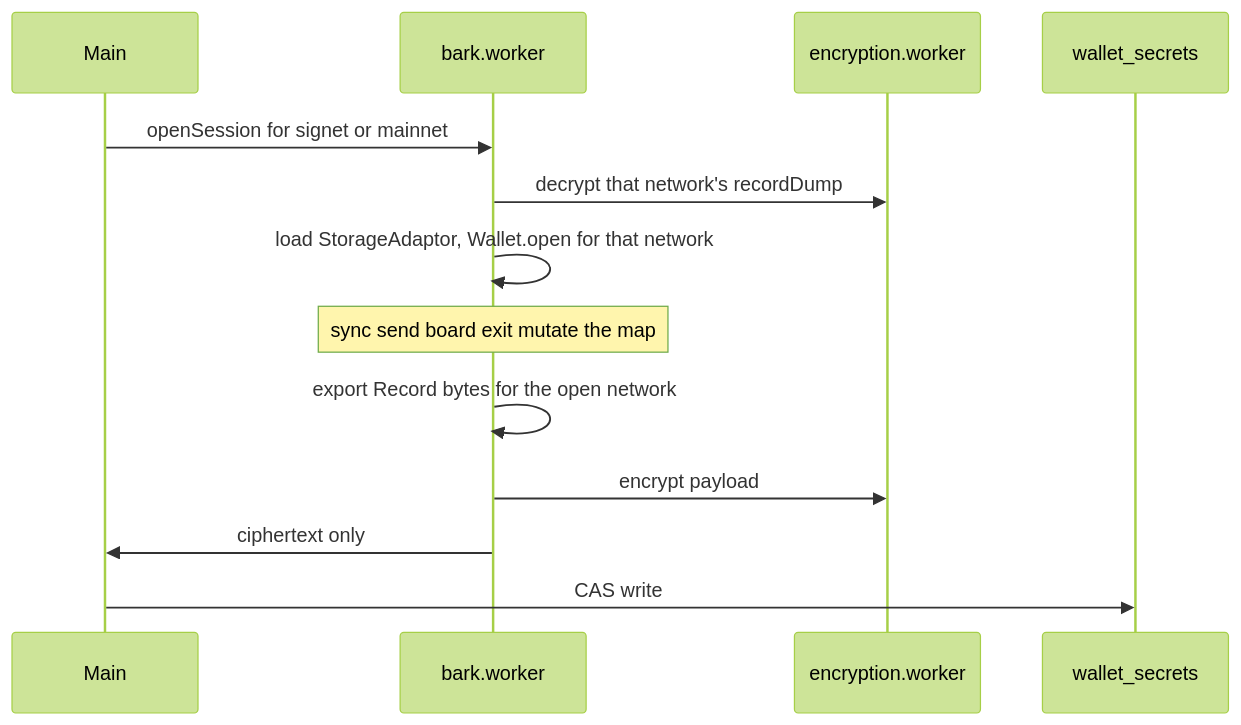
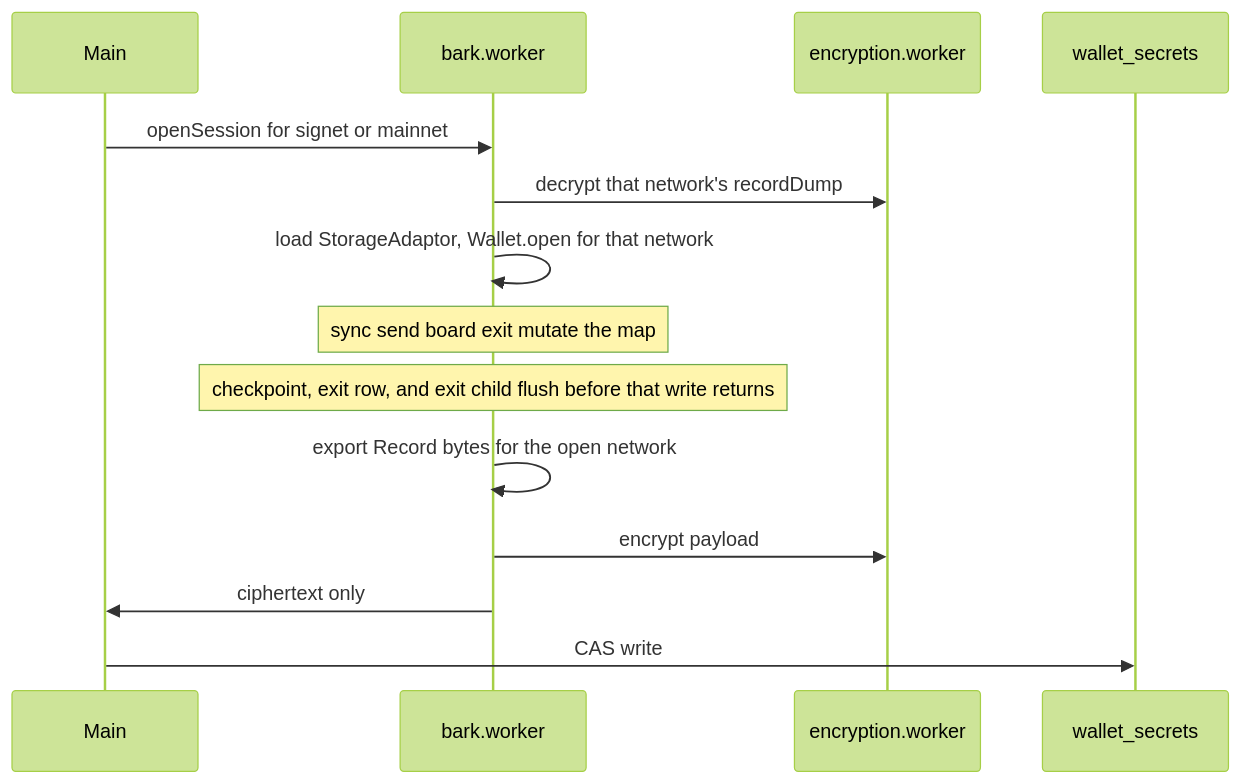
The diagram in docs/persistence/bark.md (Radivis/bitboard-pwa-wallet), drawn with Mermaid (forest theme) before and after one commit. The commit also changed other lines of this file and 13 other files, not shown here.

````diff
--- a/docs/persistence/bark.md
+++ b/docs/persistence/bark.md
@@ -49,18 +49,19 @@
 ```mermaid
 sequenceDiagram
   participant Main
   participant BW as bark.worker
   participant EW as encryption.worker
   participant DB as wallet_secrets
 
   Main->>BW: openSession for signet or mainnet
   BW->>EW: decrypt that network's recordDump
   BW->>BW: load StorageAdaptor, Wallet.open for that network
 
   Note over BW: sync send board exit mutate the map
+  Note over BW: checkpoint, exit row, and exit child flush before that write returns
 
   BW->>BW: export Record bytes for the open network
   BW->>EW: encrypt payload
   BW->>Main: ciphertext only
   Main->>DB: CAS write
 ```
````
